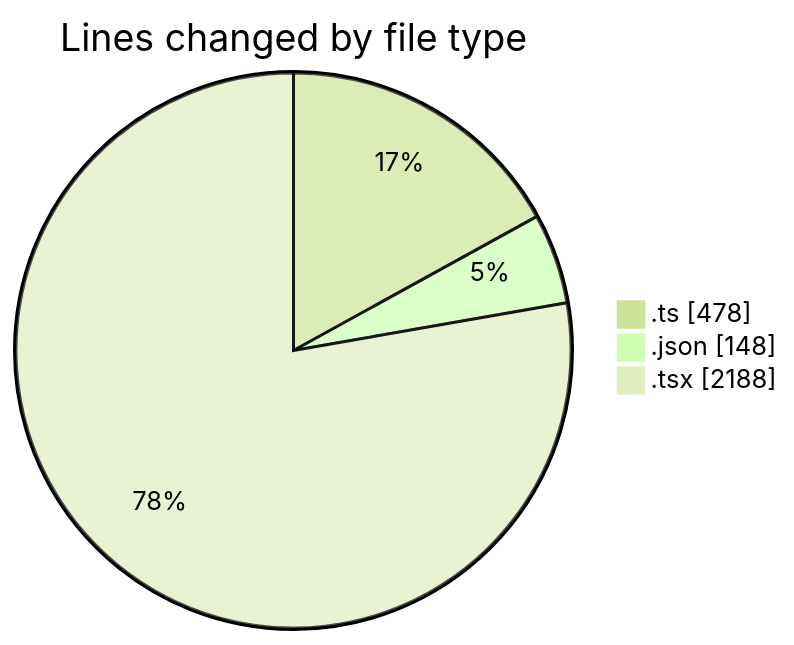
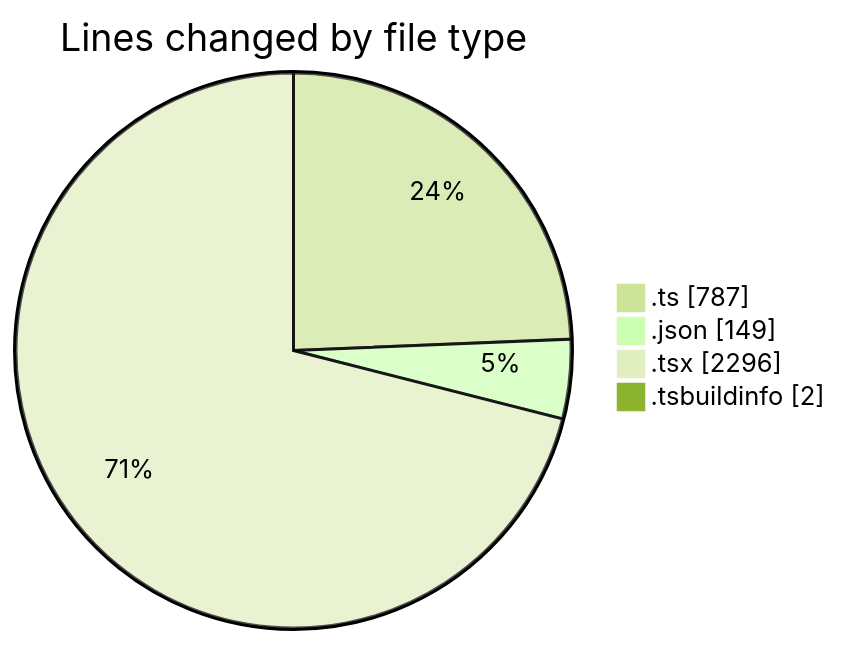
The first of 2 diagrams in 2025-02-20/mbc-web/README.md (robertbonfada/code-tracking), drawn with Mermaid (forest theme) before and after one commit. The commit also changed other lines of this file and 1 other file, not shown here.

````diff
--- a/2025-02-20/mbc-web/README.md
+++ b/2025-02-20/mbc-web/README.md
@@ -36,7 +40,8 @@
 ```mermaid
 pie showData
 title Lines changed by file type
-".ts" : 478
-".json" : 148
-".tsx" : 2188
+".ts" : 787
+".json" : 149
+".tsx" : 2296
+".tsbuildinfo" : 2
 ```
````
